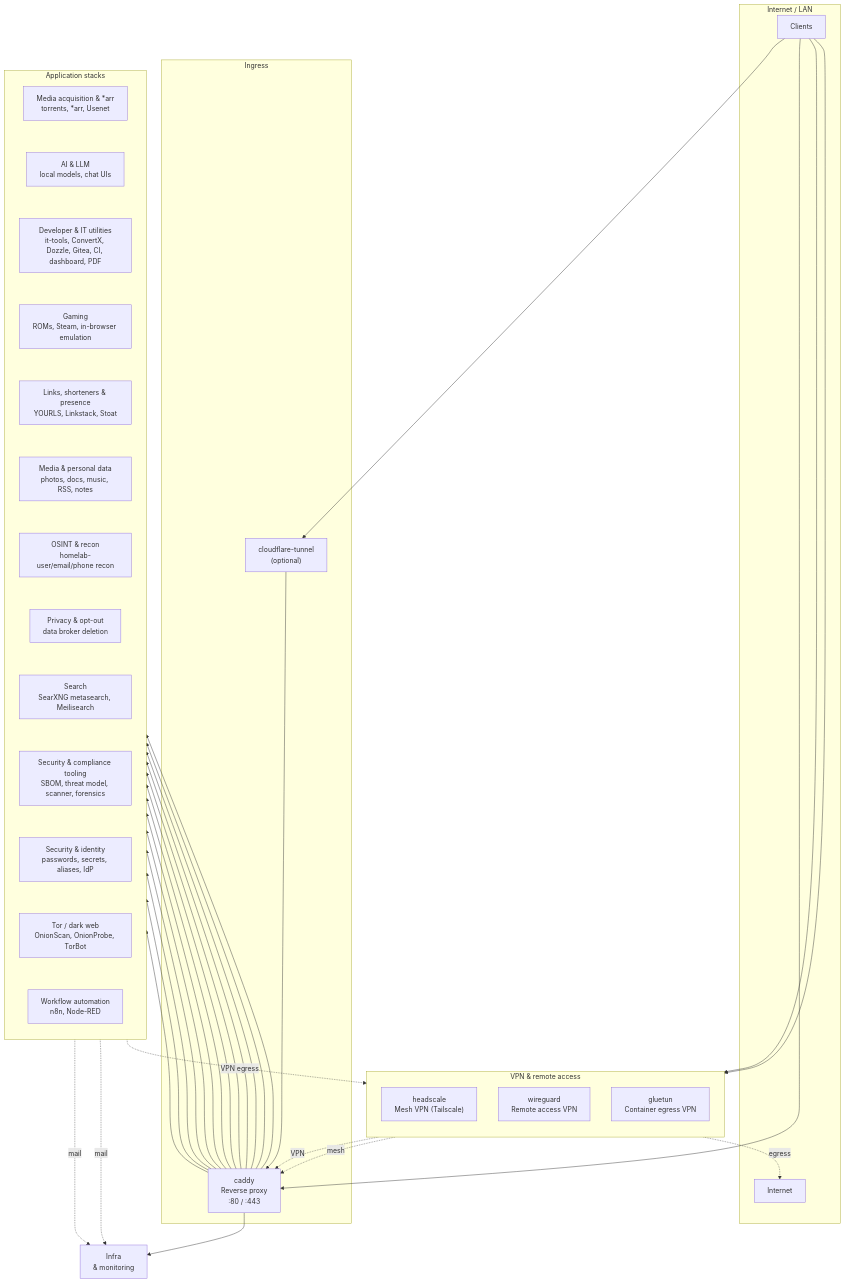
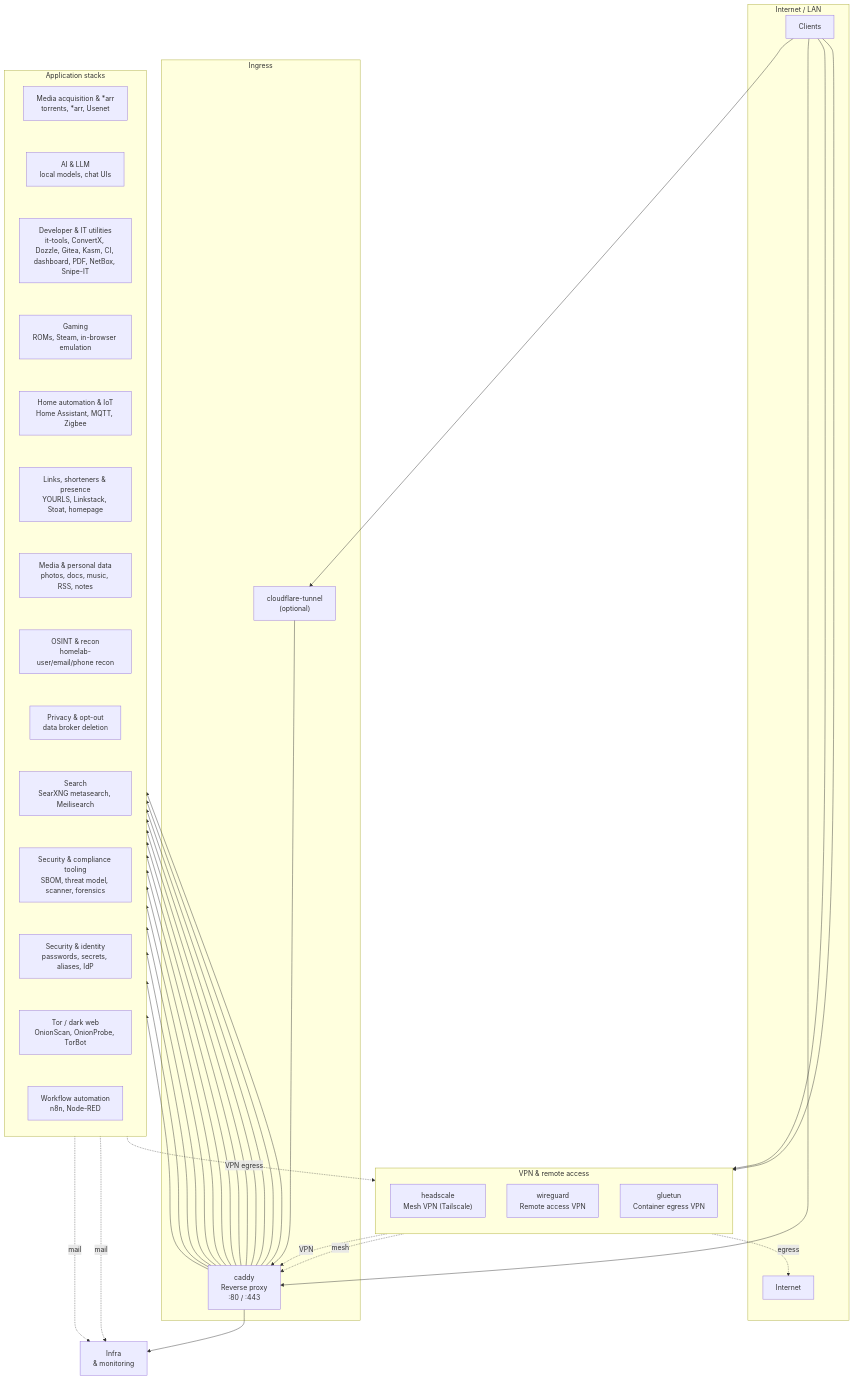
One commit to bolens/homelab changed the first of 2 diagrams in README.md. Above: the diagram before and after it, drawn with Mermaid. The commit also changed other lines of this file and 223 other files, not shown here.

```diff
--- a/README.md
+++ b/README.md
@@ -51,11 +51,13 @@
         apps_ai["`AI & LLM
 local models, chat UIs`"]
         apps_dev["`Developer & IT utilities
-it-tools, ConvertX, Dozzle, Gitea, CI, dashboard, PDF`"]
+it-tools, ConvertX, Dozzle, Gitea, Kasm, CI, dashboard, PDF, NetBox, Snipe-IT`"]
         apps_gaming["`Gaming
 ROMs, Steam, in-browser emulation`"]
+        apps_home["`Home automation & IoT
+Home Assistant, MQTT, Zigbee`"]
         apps_links["`Links, shorteners & presence
-YOURLS, Linkstack, Stoat`"]
+YOURLS, Linkstack, Stoat, homepage`"]
         apps_media["`Media & personal data
 photos, docs, music, RSS, notes`"]
         apps_osint["`OSINT & recon
@@ -73,7 +75,7 @@
         apps_workflow["`Workflow automation
 n8n, Node-RED`"]
     end
-    apps_acquisition ~~~ apps_ai ~~~ apps_dev ~~~ apps_gaming ~~~ apps_links ~~~ apps_media ~~~ apps_osint ~~~ apps_privacy ~~~ apps_search ~~~ apps_sec_tooling ~~~ apps_security ~~~ apps_tor ~~~ apps_workflow
+    apps_acquisition ~~~ apps_ai ~~~ apps_dev ~~~ apps_gaming ~~~ apps_home ~~~ apps_links ~~~ apps_media ~~~ apps_osint ~~~ apps_privacy ~~~ apps_search ~~~ apps_sec_tooling ~~~ apps_security ~~~ apps_tor ~~~ apps_workflow
 
     infra["`Infra
 & monitoring`"]
@@ -87,6 +89,7 @@
     caddy --> apps_ai
     caddy --> apps_dev
     caddy --> apps_gaming
+    caddy --> apps_home
     caddy --> apps_links
     caddy --> apps_media
     caddy --> apps_osint
```
